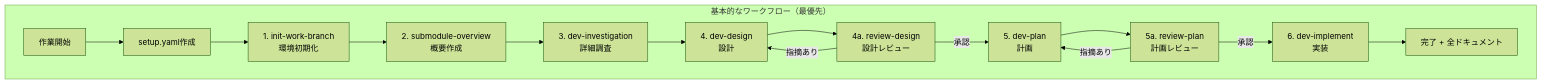
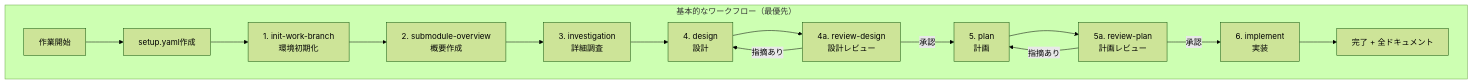
One commit to NagasakaH/dev-process changed the third of 3 diagrams in README.md. Above: the diagram before and after it, drawn with Mermaid (forest theme). The commit also changed other lines of this file and 60 other files, not shown here.

````diff
--- a/README.md
+++ b/README.md
@@ -386,17 +270,17 @@
 ```mermaid
 flowchart TD
     subgraph "基本的なワークフロー（最優先）"
         START[作業開始] --> SETUP[setup.yaml作成]
         SETUP --> S1[1. init-work-branch<br/>環境初期化]
         S1 --> S2[2. submodule-overview<br/>概要作成]
-        S2 --> S3[3. dev-investigation<br/>詳細調査]
-        S3 --> S4[4. dev-design<br/>設計]
+        S2 --> S3[3. investigation<br/>詳細調査]
+        S3 --> S4[4. design<br/>設計]
         S4 --> S4a[4a. review-design<br/>設計レビュー]
-        S4a -->|承認| S5[5. dev-plan<br/>計画]
+        S4a -->|承認| S5[5. plan<br/>計画]
         S4a -->|指摘あり| S4
         S5 --> S5a[5a. review-plan<br/>計画レビュー]
-        S5a -->|承認| S6[6. dev-implement<br/>実装]
+        S5a -->|承認| S6[6. implement<br/>実装]
         S5a -->|指摘あり| S5
         S6 --> DONE[完了 + 全ドキュメント]
     end
 ```
````
